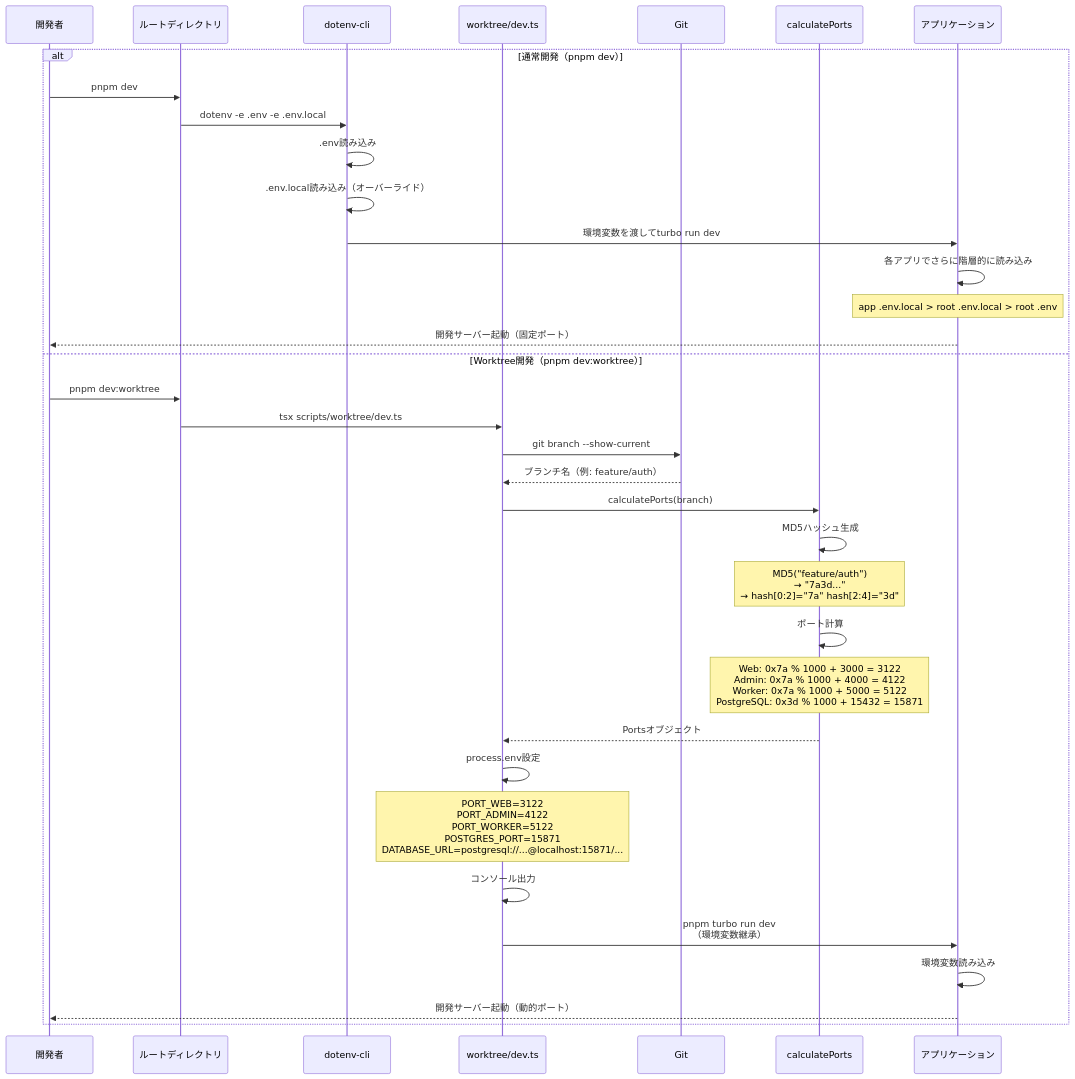
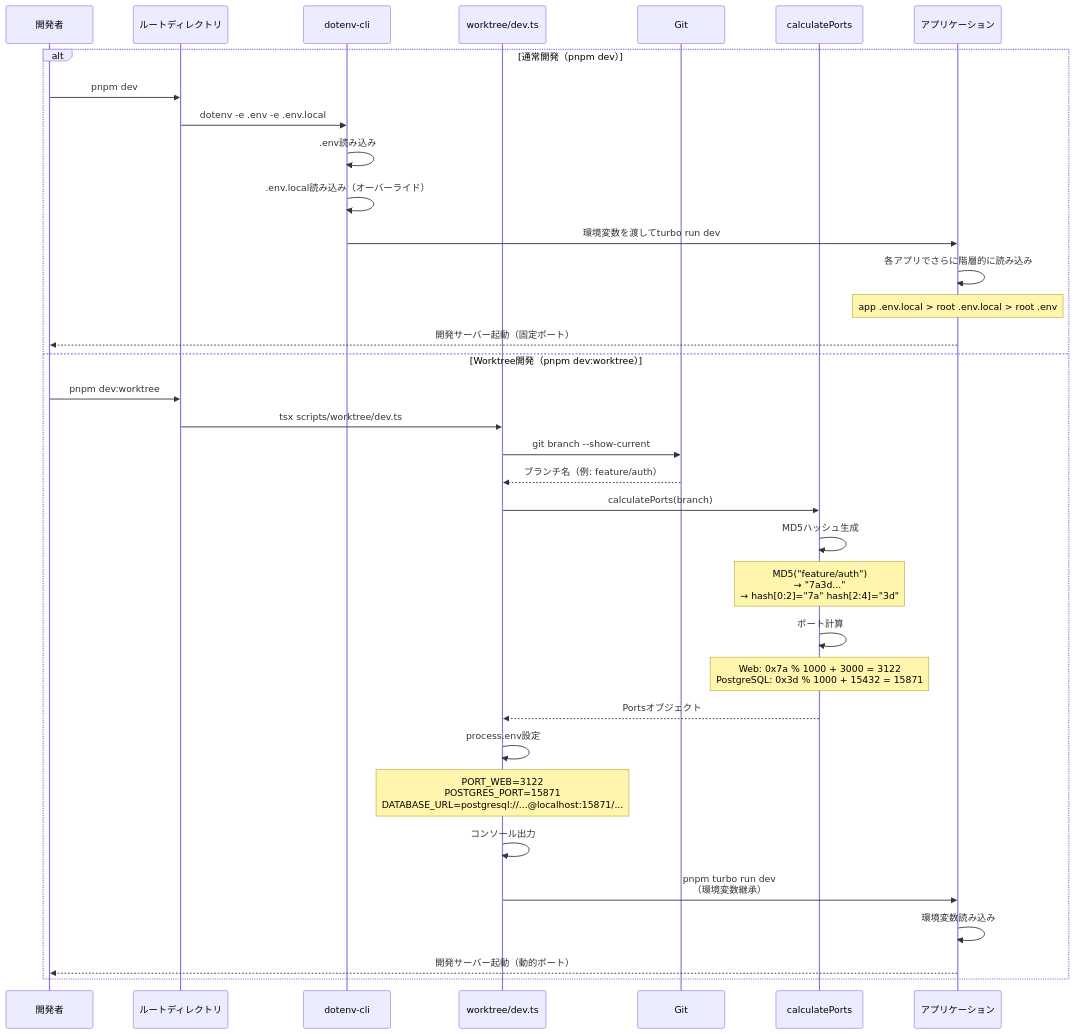
One commit to einja-inc/einja-management-template changed the third of 3 diagrams in docs/instructions/local-server-environment-and-worktree.md. Above: the diagram before and after it, drawn with Mermaid. The commit also changed other lines of this file, not shown here.

````diff
--- a/docs/instructions/local-server-environment-and-worktree.md
+++ b/docs/instructions/local-server-environment-and-worktree.md
@@ -381,38 +367,38 @@
 ```mermaid
 sequenceDiagram
     participant Dev as 開発者
     participant Root as ルートディレクトリ
     participant Dotenv as dotenv-cli
     participant Script as worktree/dev.ts
     participant Git as Git
     participant Calc as calculatePorts
     participant App as アプリケーション
 
     alt 通常開発（pnpm dev）
         Dev->>Root: pnpm dev
         Root->>Dotenv: dotenv -e .env -e .env.local
         Dotenv->>Dotenv: .env読み込み
         Dotenv->>Dotenv: .env.local読み込み（オーバーライド）
         Dotenv->>App: 環境変数を渡してturbo run dev
         App->>App: 各アプリでさらに階層的に読み込み
         Note over App: app .env.local > root .env.local > root .env
         App-->>Dev: 開発サーバー起動（固定ポート）
     else Worktree開発（pnpm dev:worktree）
         Dev->>Root: pnpm dev:worktree
         Root->>Script: tsx scripts/worktree/dev.ts
         Script->>Git: git branch --show-current
         Git-->>Script: ブランチ名（例: feature/auth）
         Script->>Calc: calculatePorts(branch)
         Calc->>Calc: MD5ハッシュ生成
         Note over Calc: MD5("feature/auth")<br/>→ "7a3d..."<br/>→ hash[0:2]="7a" hash[2:4]="3d"
         Calc->>Calc: ポート計算
-        Note over Calc: Web: 0x7a % 1000 + 3000 = 3122<br/>Admin: 0x7a % 1000 + 4000 = 4122<br/>Worker: 0x7a % 1000 + 5000 = 5122<br/>PostgreSQL: 0x3d % 1000 + 15432 = 15871
+        Note over Calc: Web: 0x7a % 1000 + 3000 = 3122<br/>PostgreSQL: 0x3d % 1000 + 15432 = 15871
         Calc-->>Script: Portsオブジェクト
         Script->>Script: process.env設定
-        Note over Script: PORT_WEB=3122<br/>PORT_ADMIN=4122<br/>PORT_WORKER=5122<br/>POSTGRES_PORT=15871<br/>DATABASE_URL=postgresql://...@localhost:15871/...
+        Note over Script: PORT_WEB=3122<br/>POSTGRES_PORT=15871<br/>DATABASE_URL=postgresql://...@localhost:15871/...
         Script->>Script: コンソール出力
         Script->>App: pnpm turbo run dev<br/>（環境変数継承）
         App->>App: 環境変数読み込み
         App-->>Dev: 開発サーバー起動（動的ポート）
     end
 ```
````
